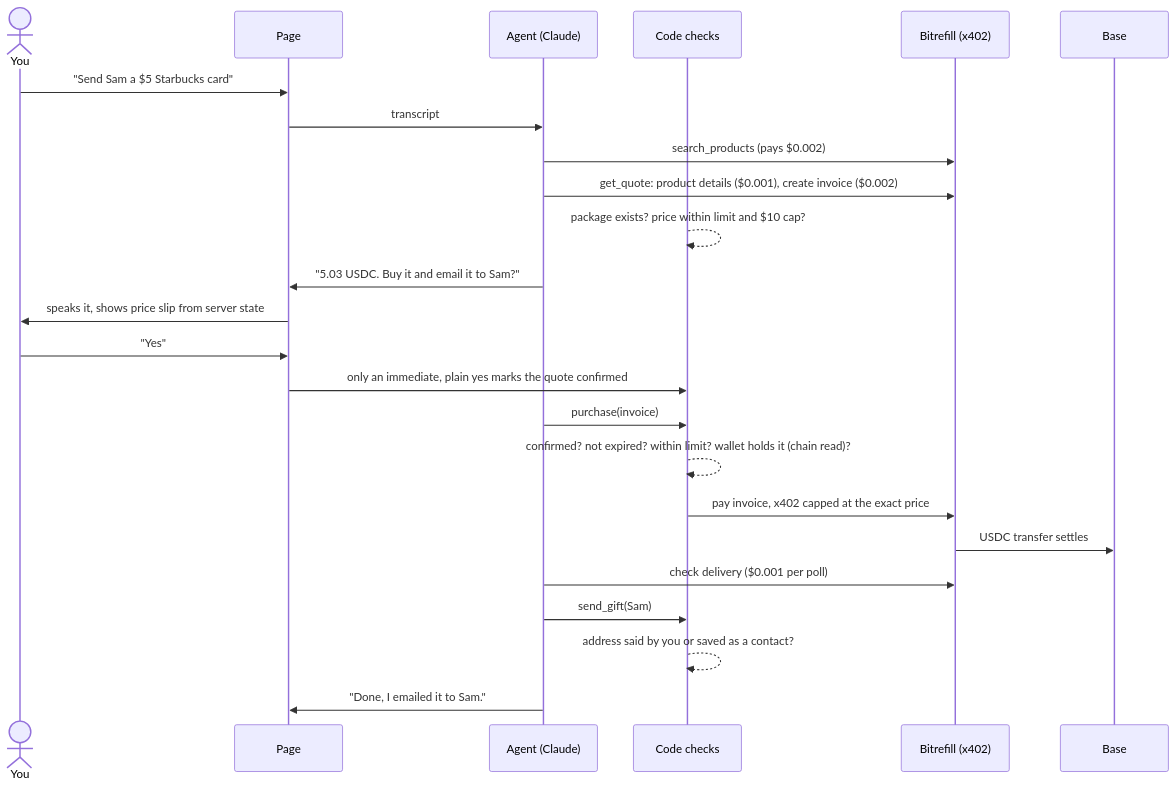
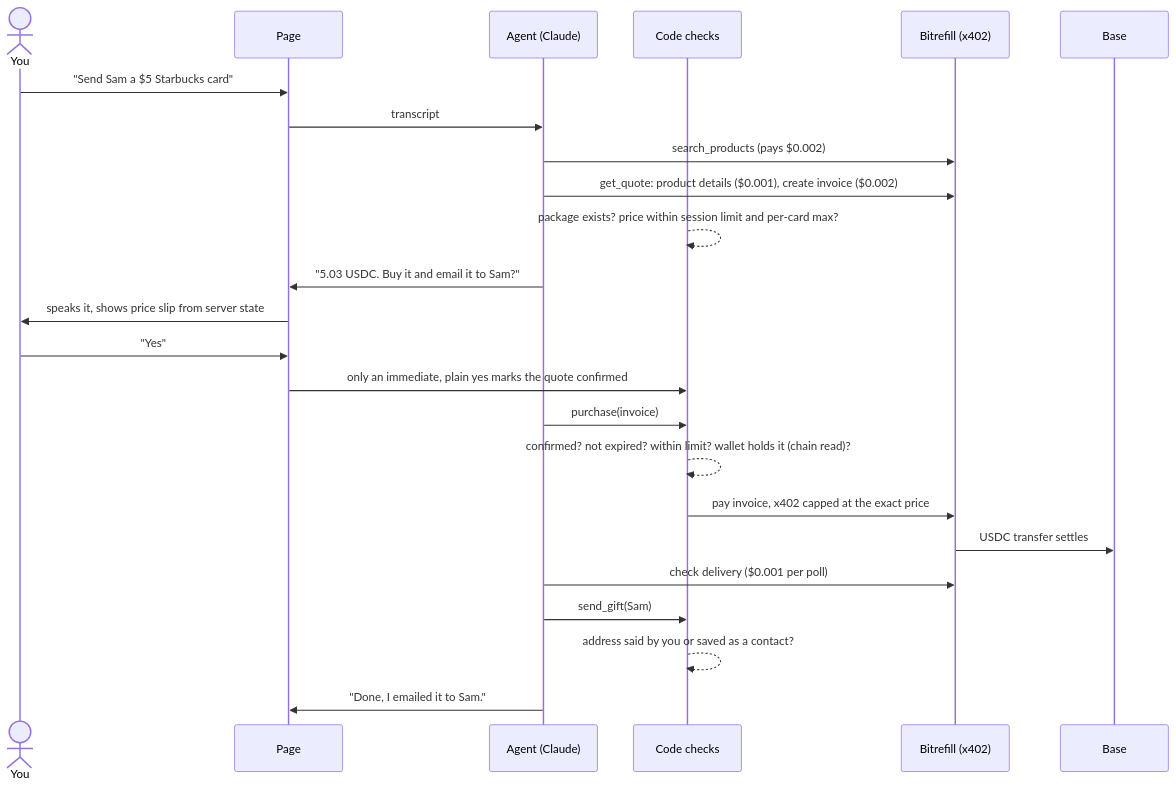
One commit to jackdudley/usdc_bitrefill changed the second of 2 diagrams in README.md. Above: the diagram before and after it, drawn with Mermaid. The commit also changed other lines of this file and 6 other files, not shown here.

First line of the commit message:
Per-card max editable in the app, under a $15 hard ceiling

````diff
--- a/README.md
+++ b/README.md
@@ -67,27 +67,27 @@
 ```mermaid
 sequenceDiagram
   actor U as You
   participant P as Page
   participant A as Agent (Claude)
   participant C as Code checks
   participant B as Bitrefill (x402)
   participant Ch as Base
 
   U->>P: "Send Sam a $5 Starbucks card"
   P->>A: transcript
   A->>B: search_products (pays $0.002)
   A->>B: get_quote: product details ($0.001), create invoice ($0.002)
-  C-->>C: package exists? price within limit and $10 cap?
+  C-->>C: package exists? price within session limit and per-card max?
   A->>P: "5.03 USDC. Buy it and email it to Sam?"
   P->>U: speaks it, shows price slip from server state
   U->>P: "Yes"
   P->>C: only an immediate, plain yes marks the quote confirmed
   A->>C: purchase(invoice)
   C-->>C: confirmed? not expired? within limit? wallet holds it (chain read)?
   C->>B: pay invoice, x402 capped at the exact price
   B->>Ch: USDC transfer settles
   A->>B: check delivery ($0.001 per poll)
   A->>C: send_gift(Sam)
   C-->>C: address said by you or saved as a contact?
   A->>P: "Done, I emailed it to Sam."
 ```
````
